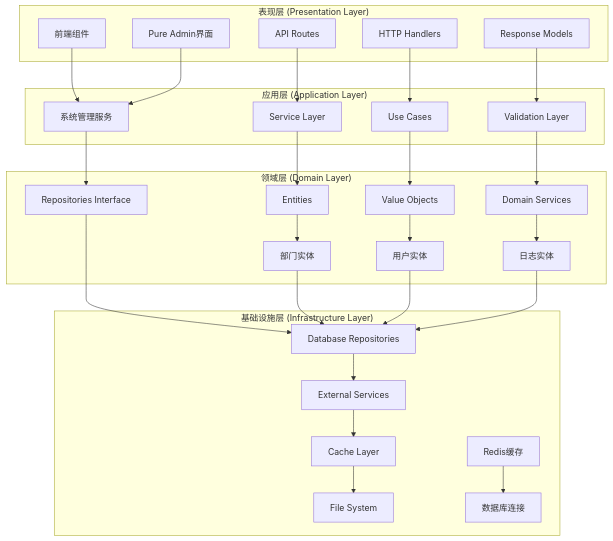
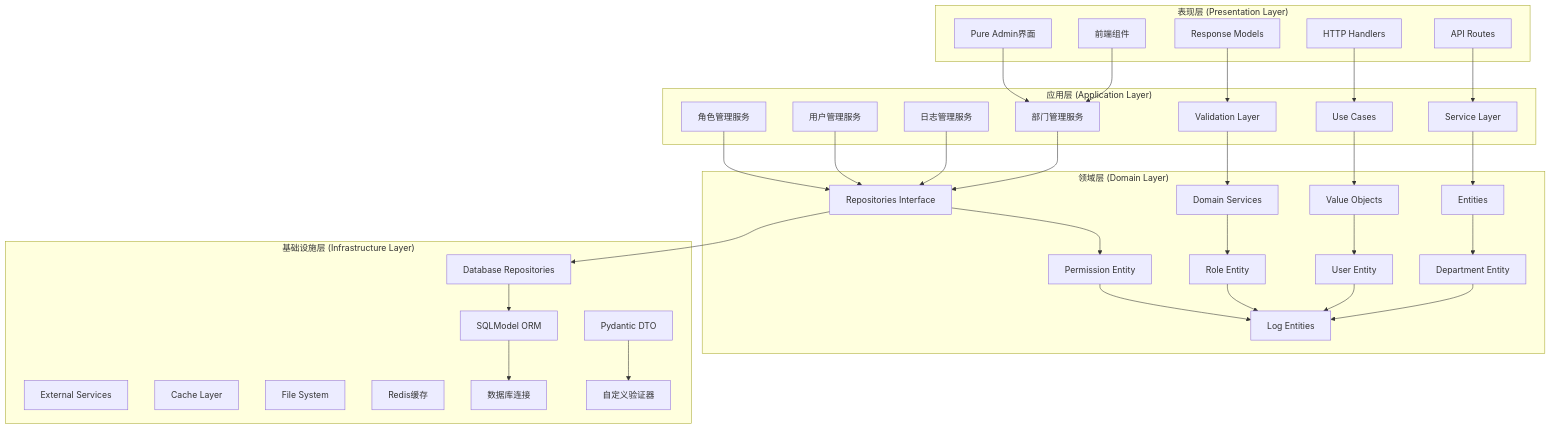
Before and after one commit to taoweidong/Hello-FastApi: the fourth of 16 diagrams in .qoder/repowiki/zh/content/核心模块/系统管理模块.md, drawn with Mermaid. The commit also changed other lines of this file and 9 other files, not shown here.

````diff
--- a/.qoder/repowiki/zh/content/核心模块/系统管理模块.md
+++ b/.qoder/repowiki/zh/content/核心模块/系统管理模块.md
@@ -207,53 +233,65 @@
 ```mermaid
 graph TB
 subgraph "表现层 (Presentation Layer)"
 A[API Routes]
 B[HTTP Handlers]
 C[Response Models]
 D[前端组件]
 E[Pure Admin界面]
 end
 subgraph "应用层 (Application Layer)"
 F[Service Layer]
 G[Use Cases]
 H[Validation Layer]
-I[系统管理服务]
+I[部门管理服务]
+J[日志管理服务]
+K[用户管理服务]
+L[角色管理服务]
 end
 subgraph "领域层 (Domain Layer)"
-J[Entities]
-K[Value Objects]
-L[Domain Services]
-M[Repositories Interface]
-N[部门实体]
-O[用户实体]
-P[日志实体]
+M[Entities]
+N[Value Objects]
+O[Domain Services]
+P[Repositories Interface]
+Q[Department Entity]
+R[User Entity]
+S[Role Entity]
+T[Permission Entity]
+U[Log Entities]
 end
 subgraph "基础设施层 (Infrastructure Layer)"
-Q[Database Repositories]
-R[External Services]
-S[Cache Layer]
-T[File System]
-U[Redis缓存]
-V[数据库连接]
+V[Database Repositories]
+W[External Services]
+X[Cache Layer]
+Y[File System]
+Z[Redis缓存]
+AA[数据库连接]
+BB[SQLModel ORM]
+CC[Pydantic DTO]
+DD[自定义验证器]
 end
 A --> F
 B --> G
 C --> H
 D --> I
 E --> I
-F --> J
-G --> K
-H --> L
-I --> M
-J --> N
-K --> O
+F --> M
+G --> N
+H --> O
+I --> P
+J --> P
+K --> P
 L --> P
 M --> Q
-N --> Q
-O --> Q
-P --> Q
-Q --> R
-R --> S
-S --> T
-U --> V
+N --> R
+O --> S
+P --> T
+Q --> U
+R --> U
+S --> U
+T --> U
+P --> V
+V --> BB
+BB --> AA
+CC --> DD
 ```
````
